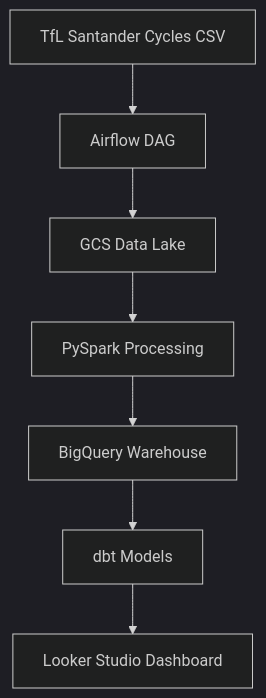
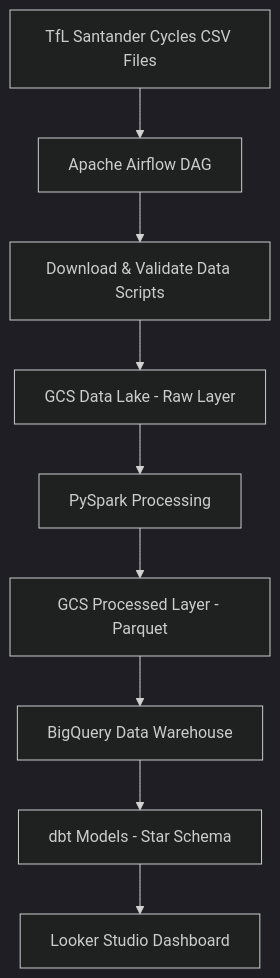
Before and after one commit to Wali-Mohamed/london-bikes-data-engineering: the first of 3 diagrams in README.md, drawn with Mermaid (dark theme). The commit also changed other lines of this file, not shown here.

````diff
--- a/README.md
+++ b/README.md
@@ -88,9 +42,21 @@
 ```mermaid
+
 flowchart TD
-A[TfL Santander Cycles CSV] --> B[Airflow DAG]
-B --> C[GCS Data Lake]
-C --> D[PySpark Processing]
-D --> E[BigQuery Warehouse]
-E --> F[dbt Models]
-F --> G[Looker Studio Dashboard]
+
+A[TfL Santander Cycles CSV Files]
+--> B[Apache Airflow DAG]
+
+B --> C[Download & Validate Data Scripts]
+
+C --> D[GCS Data Lake - Raw Layer]
+
+D --> E[PySpark Processing]
+
+E --> F[GCS Processed Layer - Parquet]
+
+F --> G[BigQuery Data Warehouse]
+
+G --> H[dbt Models - Star Schema]
+
+H --> I[Looker Studio Dashboard]
 ```
````
